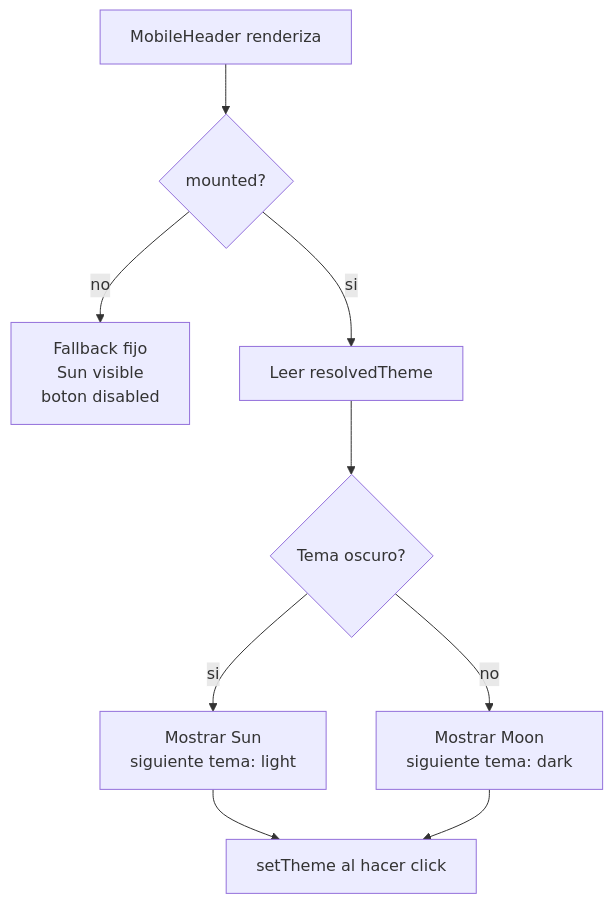
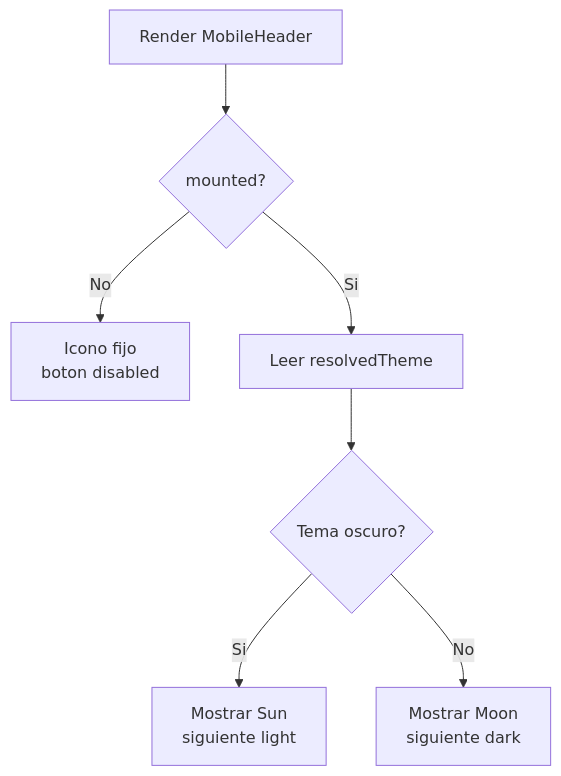
The fourth of 4 diagrams in documentacion/GUIA_HIDRATACION_TEMA_MOBILEHEADER.md (BrandonAlbertt/ecommerce-sosaimpor-frontend), drawn with Mermaid before and after one commit. The commit also changed other lines of this file and 13 other files, not shown here.

````diff
--- a/documentacion/GUIA_HIDRATACION_TEMA_MOBILEHEADER.md
+++ b/documentacion/GUIA_HIDRATACION_TEMA_MOBILEHEADER.md
@@ -99,11 +68,9 @@
 ```mermaid
 flowchart TD
-  A[MobileHeader renderiza] --> B{mounted?}
-  B -- no --> C[Fallback fijo<br/>Sun visible<br/>boton disabled]
-  B -- si --> D[Leer resolvedTheme]
+  A[Render MobileHeader] --> B{mounted?}
+  B -- No --> C[Icono fijo<br/>boton disabled]
+  B -- Si --> D[Leer resolvedTheme]
   D --> E{Tema oscuro?}
-  E -- si --> F[Mostrar Sun<br/>siguiente tema: light]
-  E -- no --> G[Mostrar Moon<br/>siguiente tema: dark]
-  F --> H[setTheme al hacer click]
-  G --> H
+  E -- Si --> F[Mostrar Sun<br/>siguiente light]
+  E -- No --> G[Mostrar Moon<br/>siguiente dark]
 ```
````
